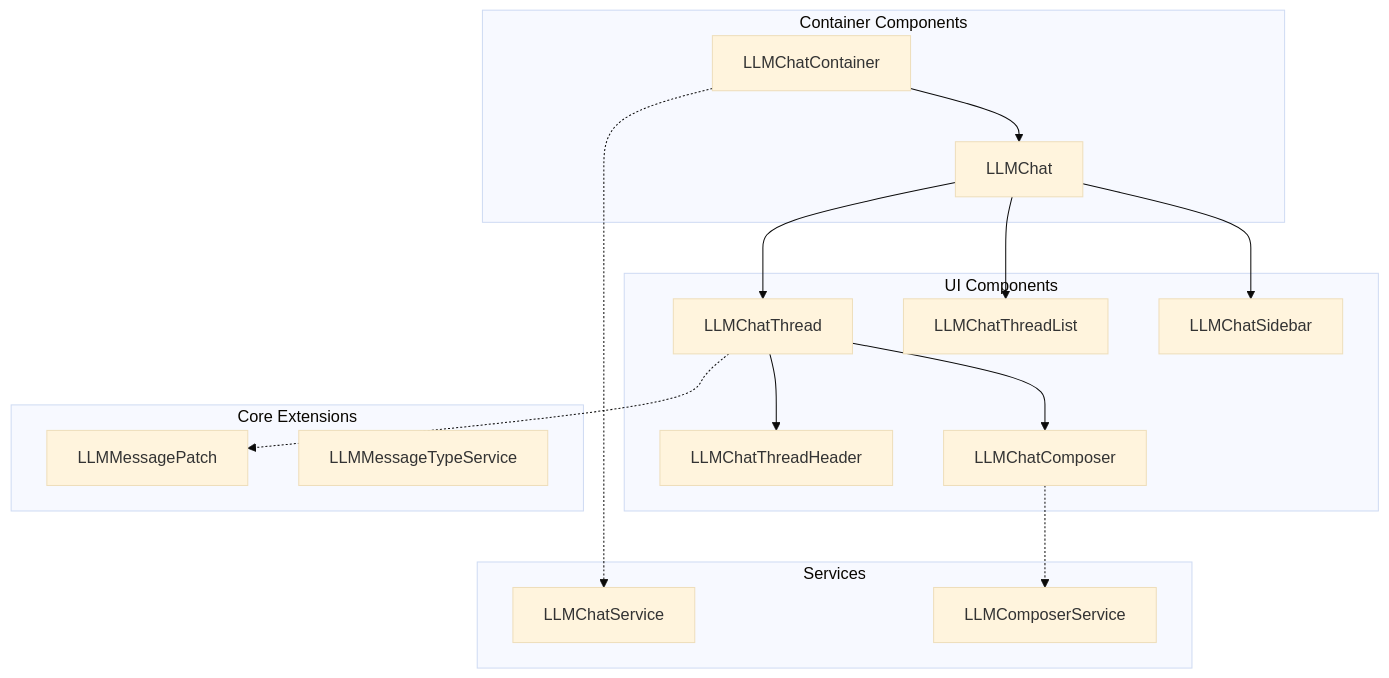
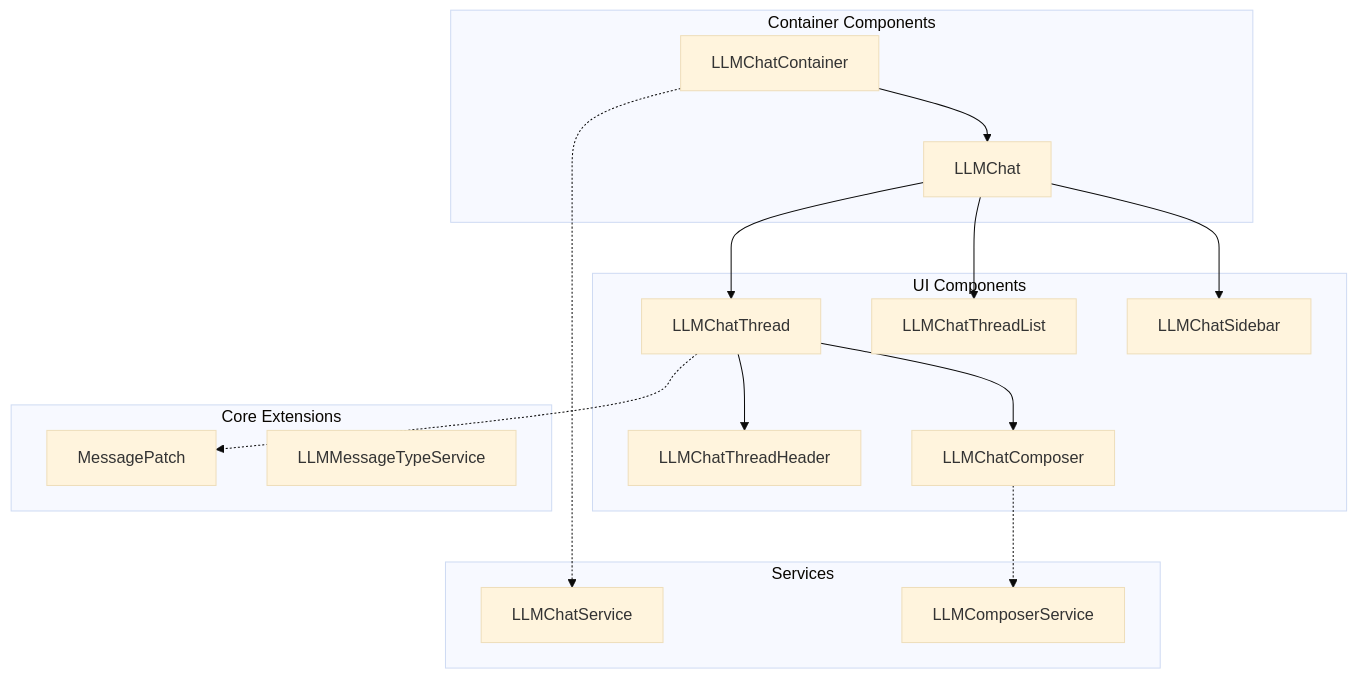
The first of 2 diagrams in llm_thread/docs/developer-guide/js-components.md (yoandym/odoo-llm), drawn with Mermaid (base theme) before and after one commit. The commit also changed other lines of this file and 41 other files, not shown here.

````diff
--- a/llm_thread/docs/developer-guide/js-components.md
+++ b/llm_thread/docs/developer-guide/js-components.md
@@ -7,36 +7,36 @@
 ```{mermaid}
 graph TD
     subgraph "Container Components"
         LCC[LLMChatContainer]
         LC[LLMChat]
     end
     
     subgraph "UI Components"
         LCT[LLMChatThread]
         LCTH[LLMChatThreadHeader]
         LCTL[LLMChatThreadList]
         LCS[LLMChatSidebar]
         LCCO[LLMChatComposer]
     end
     
     subgraph "Services"
         LCHS[LLMChatService]
         LCOS[LLMComposerService]
     end
     
     subgraph "Core Extensions"
-        LMP[LLMMessagePatch]
+        LMP[MessagePatch]
         LMTS[LLMMessageTypeService]
     end
     
     LCC --> LC
     LC --> LCT
     LC --> LCTL
     LC --> LCS
     LCT --> LCTH
     LCT --> LCCO
     
     LCC -.-> LCHS
     LCCO -.-> LCOS
     LCT -.-> LMP
 ```
````
